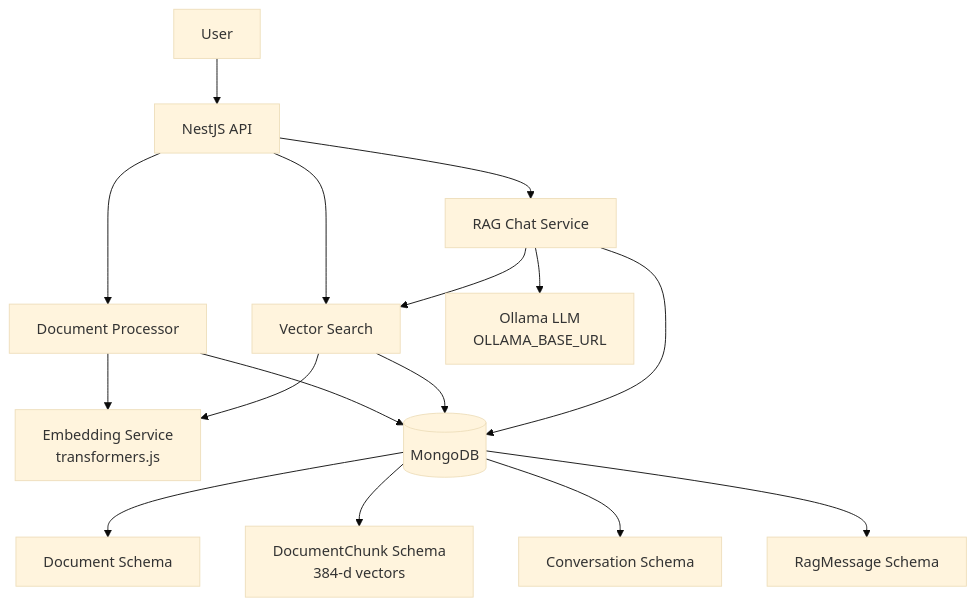
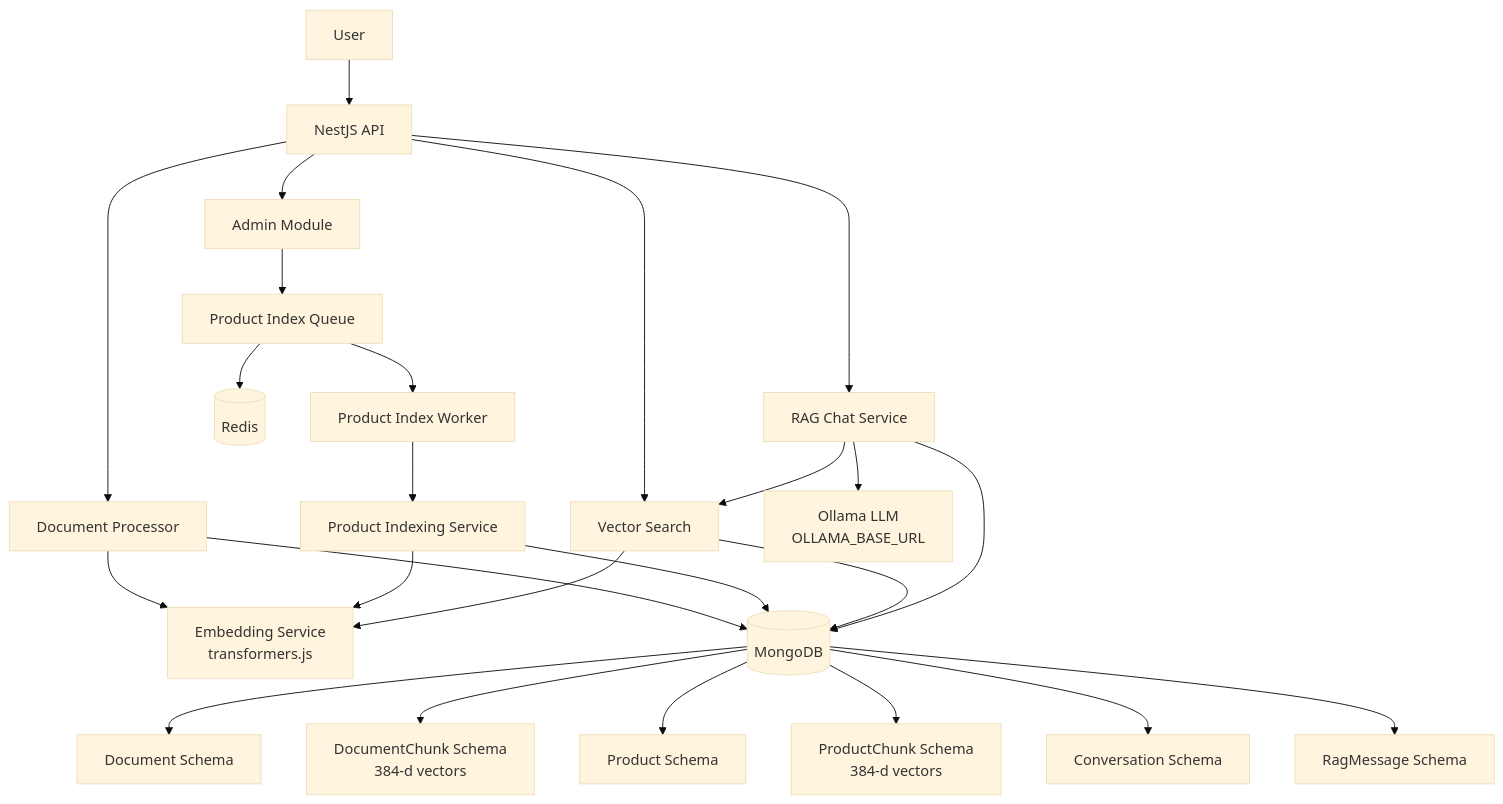
One commit to shahadathhs/rag changed the first of 6 diagrams in docs/RAG_FLOW.md. Above: the diagram before and after it, drawn with Mermaid (base theme). The commit also changed other lines of this file and 2 other files, not shown here.

````diff
--- a/docs/RAG_FLOW.md
+++ b/docs/RAG_FLOW.md
@@ -5,22 +5,32 @@
 ```mermaid
 graph TB
     User[User] --> API[NestJS API]
     API --> DocProc[Document Processor]
     API --> VectorSearch[Vector Search]
     API --> RagChat[RAG Chat Service]
+    API --> Admin[Admin Module]
+    Admin --> ProductQueue[Product Index Queue]
+    ProductQueue --> Redis[(Redis)]
+    ProductQueue --> Worker[Product Index Worker]
+    Worker --> ProductIndex[Product Indexing Service]
 
     DocProc --> Embedding[Embedding Service<br/>transformers.js]
     DocProc --> MongoDB[(MongoDB)]
+
+    ProductIndex --> Embedding
+    ProductIndex --> MongoDB
 
     VectorSearch --> MongoDB
     VectorSearch --> Embedding
 
     RagChat --> VectorSearch
     RagChat --> Ollama[Ollama LLM<br/>OLLAMA_BASE_URL]
     RagChat --> MongoDB
 
     MongoDB --> DocSchema[Document Schema]
     MongoDB --> ChunkSchema[DocumentChunk Schema<br/>384-d vectors]
+    MongoDB --> ProductSchema[Product Schema]
+    MongoDB --> ProductChunkSchema[ProductChunk Schema<br/>384-d vectors]
     MongoDB --> ConvSchema[Conversation Schema]
     MongoDB --> MsgSchema[RagMessage Schema]
 ```
````
